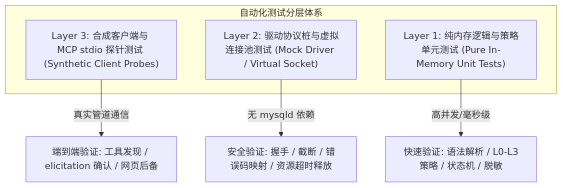
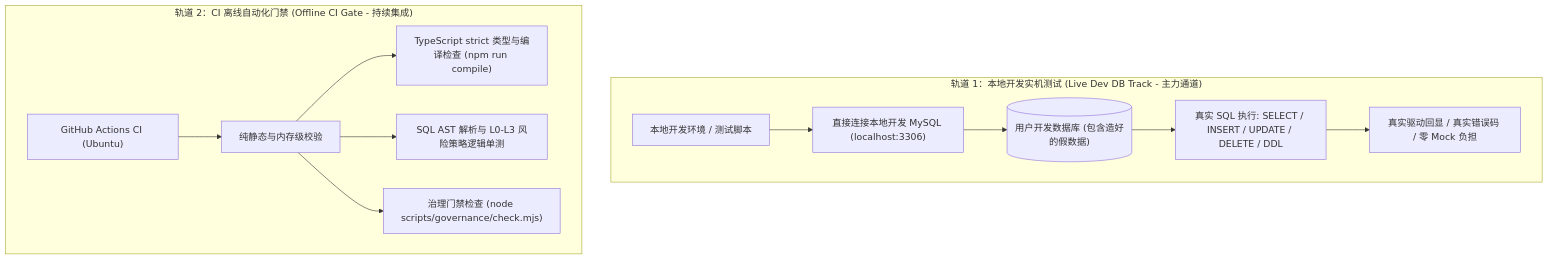
One commit to ArturiaGit/mysql-mcp changed the diagram in docs/TESTING_STRATEGY.md. Above: the diagram before and after it, drawn with Mermaid. The commit also changed other lines of this file and 5 other files, not shown here.

Commit message:
docs(spec): align testing strategy with live dev database and remove mock requirement

````diff
--- a/docs/TESTING_STRATEGY.md
+++ b/docs/TESTING_STRATEGY.md
@@ -22,12 +24,16 @@
 ```mermaid
 flowchart TD
-    subgraph Pyramid["自动化测试分层体系"]
-        L3["Layer 3: 合成客户端与 MCP stdio 探针测试 (Synthetic Client Probes)"]
-        L2["Layer 2: 驱动协议桩与虚拟连接池测试 (Mock Driver / Virtual Socket)"]
-        L1["Layer 1: 纯内存逻辑与策略单元测试 (Pure In-Memory Unit Tests)"]
+    subgraph DevTrack["轨道 1：本地开发实机测试 (Live Dev DB Track - 主力通道)"]
+        LocalDev["本地开发环境 / 测试脚本"] --> Conn["直接连接本地开发 MySQL (localhost:3306)"]
+        Conn --> DevDB[("用户开发数据库 (包含造好的假数据)")]
+        DevDB --> RealExec["真实 SQL 执行: SELECT / INSERT / UPDATE / DELETE / DDL"]
+        RealExec --> RealFeedback["真实驱动回显 / 真实错误码 / 零 Mock 负担"]
     end
 
-    L1 -->|高并发/毫秒级| C1["快速验证: 语法解析 / L0-L3策略 / 状态机 / 脱敏"]
-    L2 -->|无 mysqld 依赖| C2["安全验证: 握手 / 截断 / 错误码映射 / 资源超时释放"]
-    L3 -->|真实管道通信| C3["端到端验证: 工具发现 / elicitation 确认 / 网页后备"]
+    subgraph CITrack["轨道 2：CI 离线自动化门禁 (Offline CI Gate - 持续集成)"]
+        GH["GitHub Actions CI (Ubuntu)"] --> OfflineCheck["纯静态与内存级校验"]
+        OfflineCheck --> T1["TypeScript strict 类型与编译检查 (npm run compile)"]
+        OfflineCheck --> T2["SQL AST 解析与 L0-L3 风险策略逻辑单测"]
+        OfflineCheck --> T3["治理门禁检查 (node scripts/governance/check.mjs)"]
+    end
 ```
````
